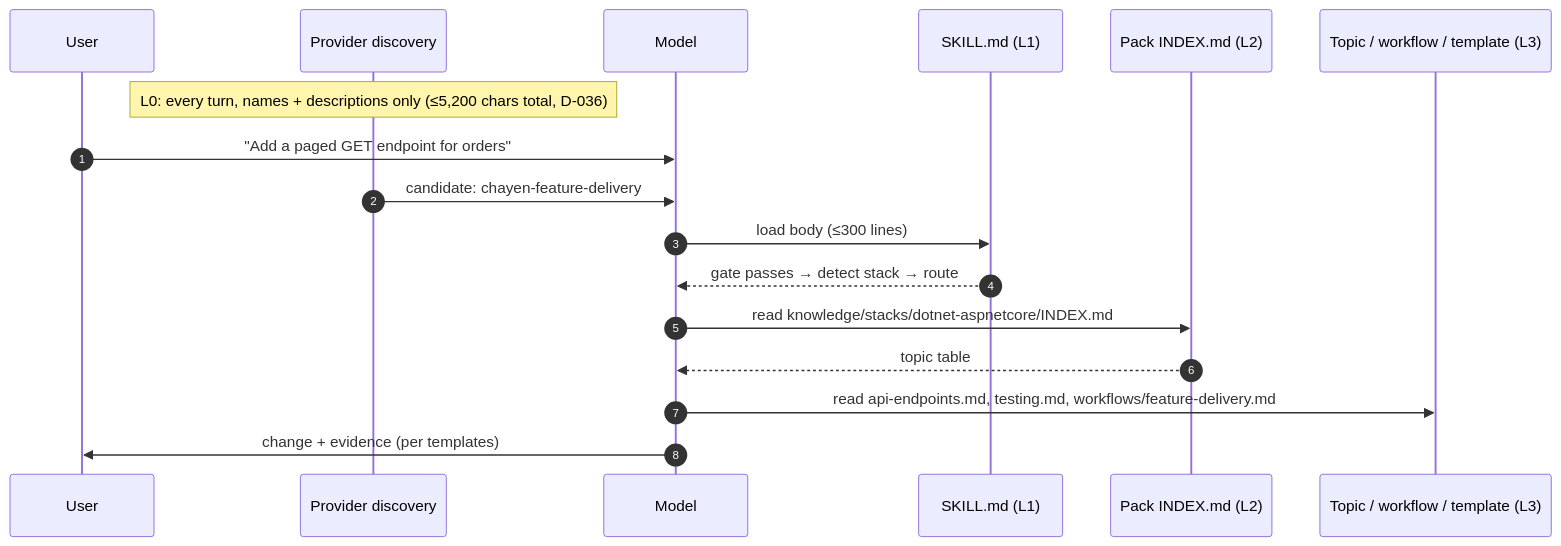
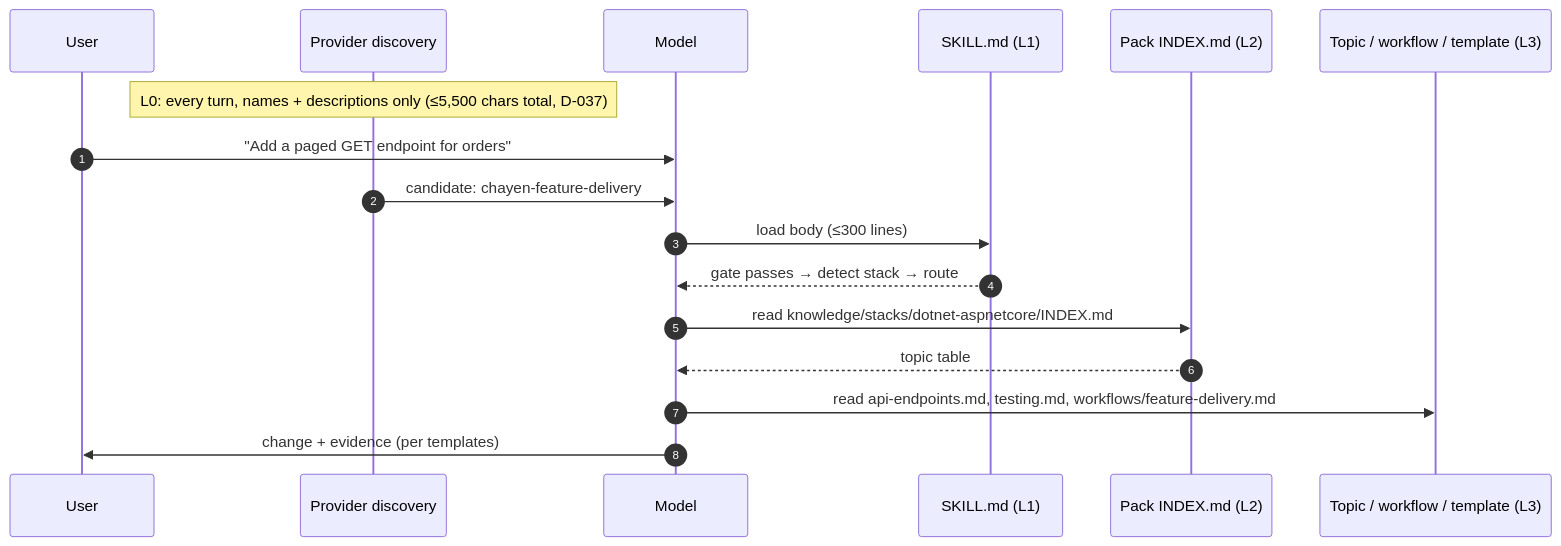
The third of 6 diagrams in docs/chayen/ARCHITECTURE.md (CodeJaDee/codejadee-chayen-framework), drawn with Mermaid before and after one commit. The commit also changed other lines of this file and 65 other files, not shown here.

````diff
--- a/docs/chayen/ARCHITECTURE.md
+++ b/docs/chayen/ARCHITECTURE.md
@@ -338,19 +338,19 @@
 ```mermaid
 sequenceDiagram
     autonumber
     participant U as User
     participant P as Provider discovery
     participant M as Model
     participant S as SKILL.md (L1)
     participant I as Pack INDEX.md (L2)
     participant T as Topic / workflow / template (L3)
-    Note over P: L0: every turn, names + descriptions only (≤5,200 chars total, D-036)
+    Note over P: L0: every turn, names + descriptions only (≤5,500 chars total, D-037)
     U->>M: "Add a paged GET endpoint for orders"
     P->>M: candidate: chayen-feature-delivery
     M->>S: load body (≤300 lines)
     S-->>M: gate passes → detect stack → route
     M->>I: read knowledge/stacks/dotnet-aspnetcore/INDEX.md
     I-->>M: topic table
     M->>T: read api-endpoints.md, testing.md, workflows/feature-delivery.md
     M->>U: change + evidence (per templates)
 ```
````
